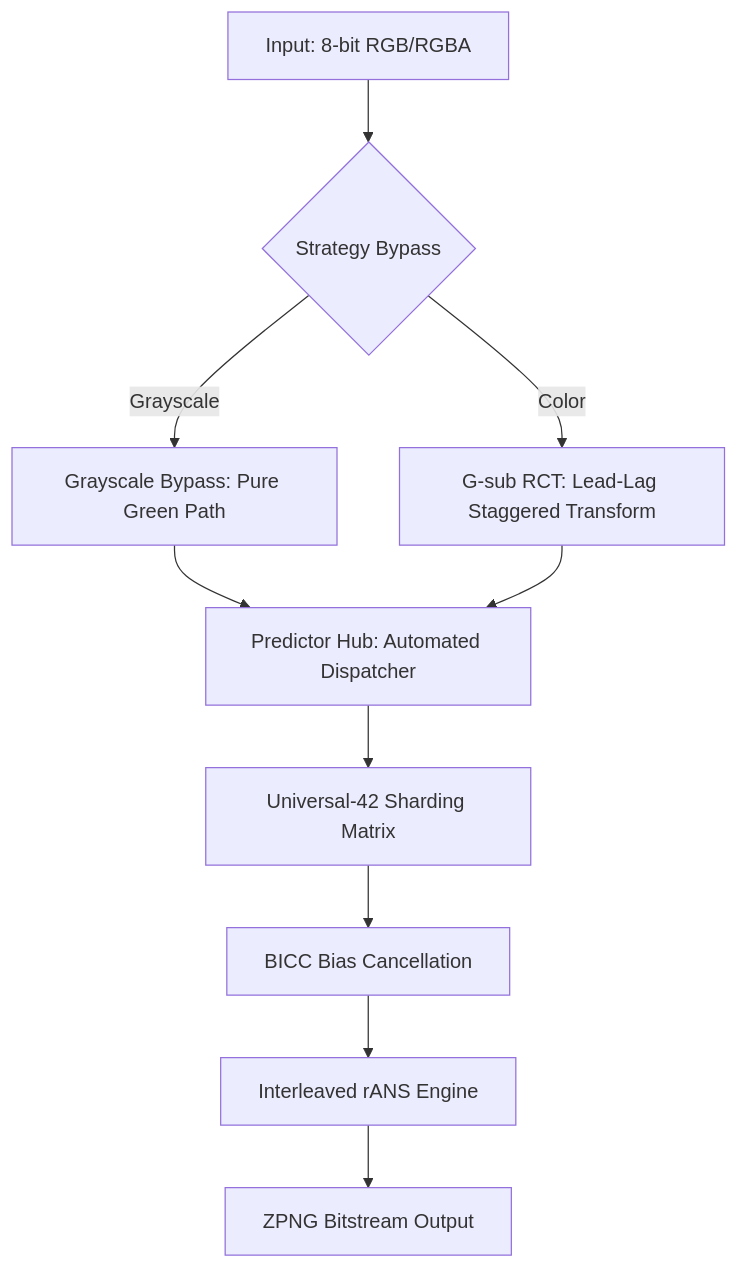
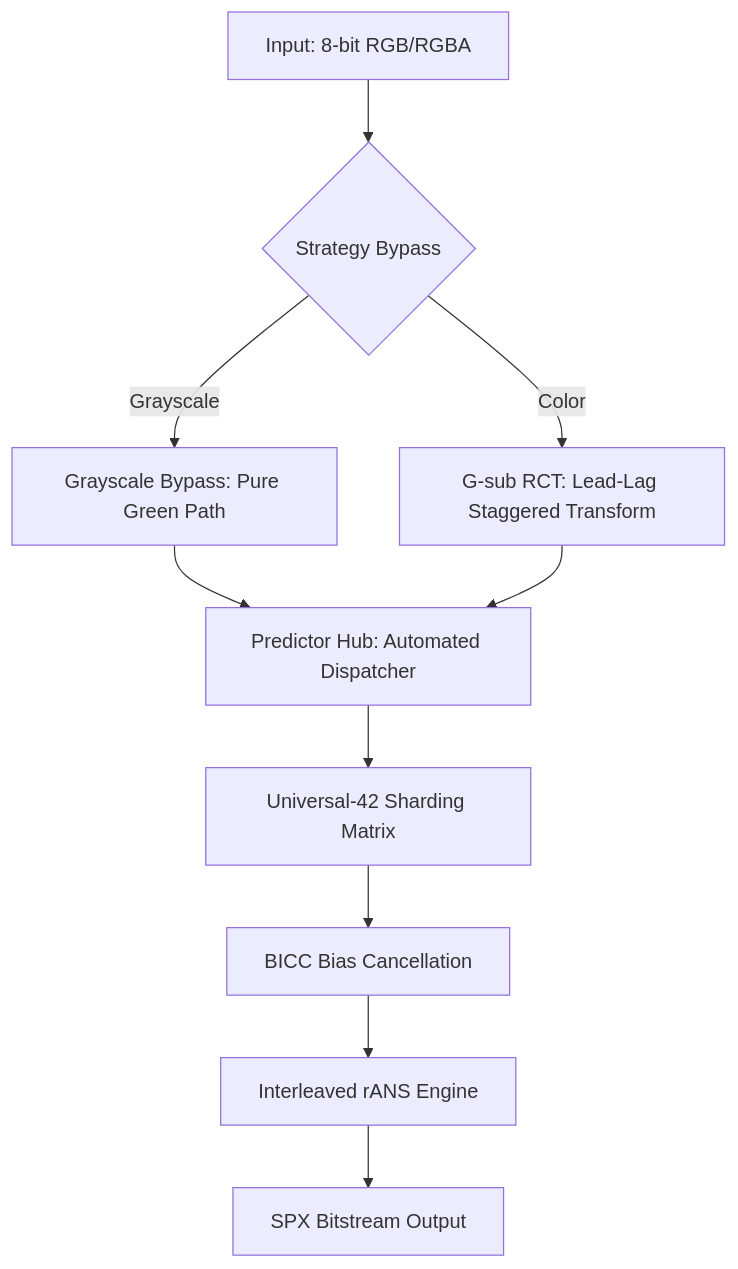
Before and after one commit to nonkilife/SPX-Image-Lossless-Compression: the diagram in README.md, drawn with Mermaid. The commit also changed other lines of this file and 21 other files, not shown here.

````diff
--- a/README.md
+++ b/README.md
@@ -134,13 +134,13 @@
 ```mermaid
 graph TD
     A[Input: 8-bit RGB/RGBA] --> B{Strategy Bypass}
     B -->|Grayscale| C1[Grayscale Bypass: Pure Green Path]
     B -->|Color| C2[G-sub RCT: Lead-Lag Staggered Transform]
     
     C1 & C2 --> D[Predictor Hub: Automated Dispatcher]
     D --> E[Universal-42 Sharding Matrix]
     
     E --> F[BICC Bias Cancellation]
     F --> G[Interleaved rANS Engine]
-    G --> H[ZPNG Bitstream Output]
+    G --> H[SPX Bitstream Output]
 ```
````
